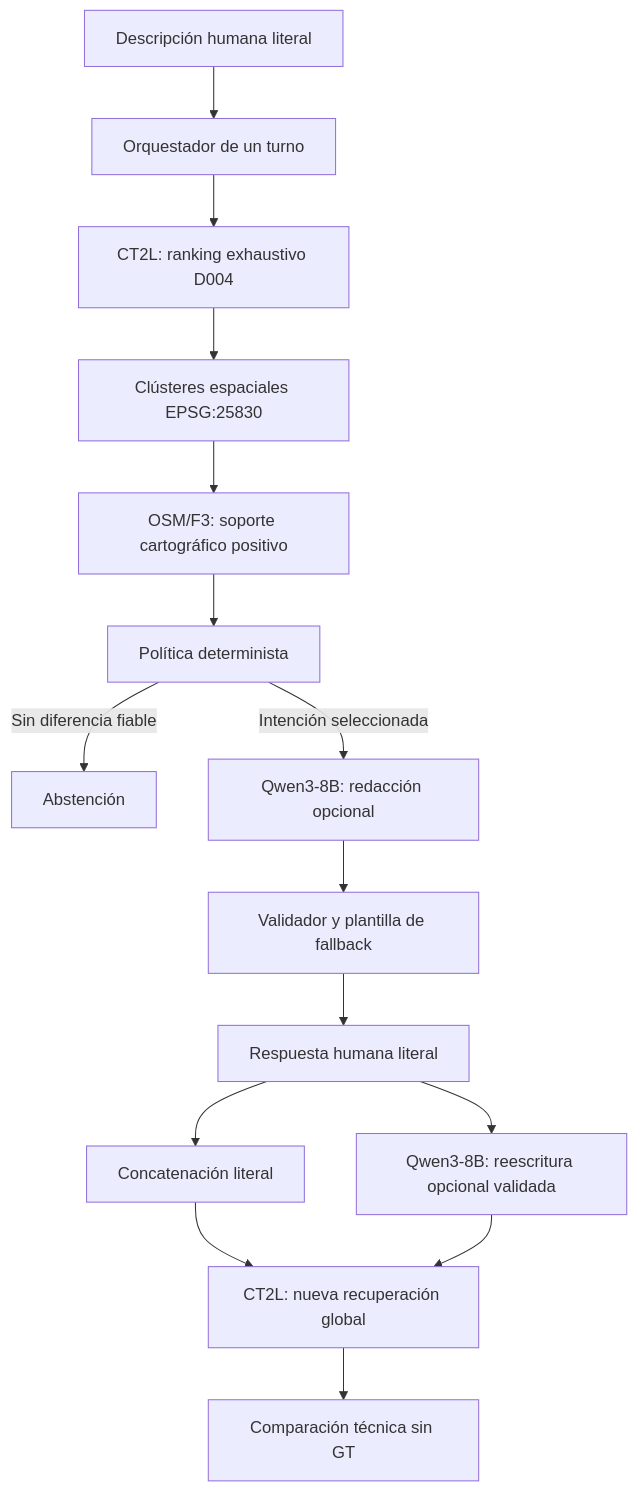
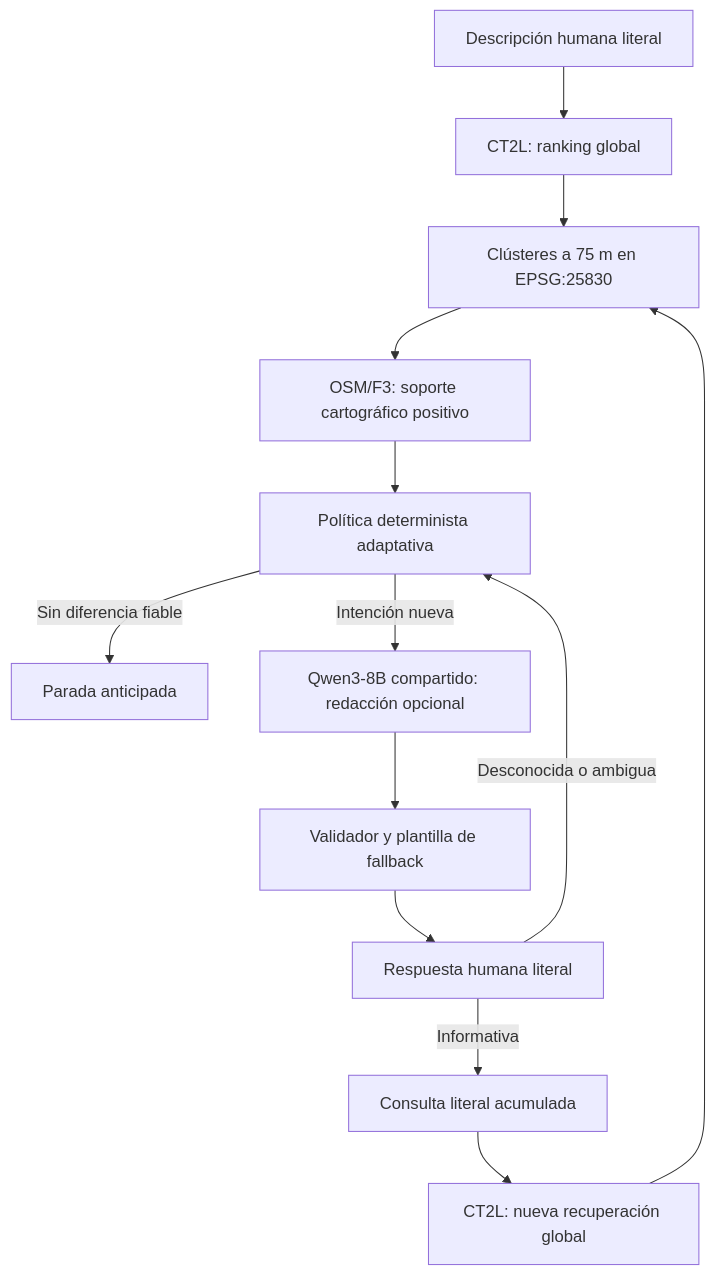
The first of 3 diagrams in docs/INTERACTIVE_DIALOGUE_MVP.md (gaxur/TFG-geolocalizacion-textual), drawn with Mermaid before and after one commit. The commit also changed other lines of this file and 8 other files, not shown here.

````diff
--- a/docs/INTERACTIVE_DIALOGUE_MVP.md
+++ b/docs/INTERACTIVE_DIALOGUE_MVP.md
@@ -16,17 +21,15 @@
 ```mermaid
 flowchart TD
-    U[Descripción humana literal] --> O[Orquestador de un turno]
-    O --> C1[CT2L: ranking exhaustivo D004]
-    C1 --> H[Clústeres espaciales EPSG:25830]
+    U[Descripción humana literal] --> C1[CT2L: ranking global]
+    C1 --> H[Clústeres a 75 m en EPSG:25830]
     H --> F[OSM/F3: soporte cartográfico positivo]
-    F --> P[Política determinista]
-    P -->|Sin diferencia fiable| S[Abstención]
-    P -->|Intención seleccionada| Q[Qwen3-8B: redacción opcional]
+    F --> P[Política determinista adaptativa]
+    P -->|Sin diferencia fiable| S[Parada anticipada]
+    P -->|Intención nueva| Q[Qwen3-8B compartido: redacción opcional]
     Q --> V[Validador y plantilla de fallback]
     V --> A[Respuesta humana literal]
-    A --> L[Concatenación literal]
-    A --> R[Qwen3-8B: reescritura opcional validada]
+    A -->|Informativa| L[Consulta literal acumulada]
+    A -->|Desconocida o ambigua| P
     L --> C2[CT2L: nueva recuperación global]
-    R --> C2
-    C2 --> D[Comparación técnica sin GT]
+    C2 --> H
 ```
````
